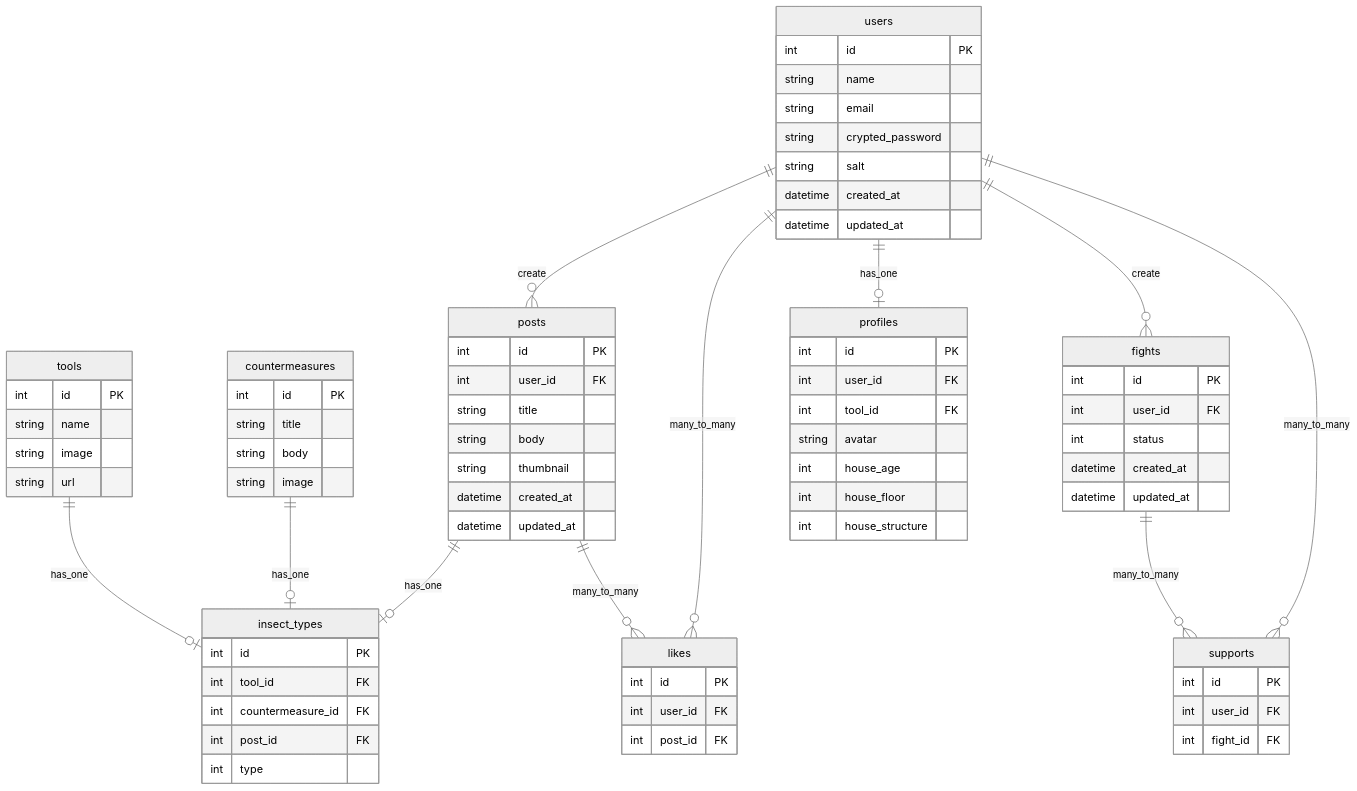
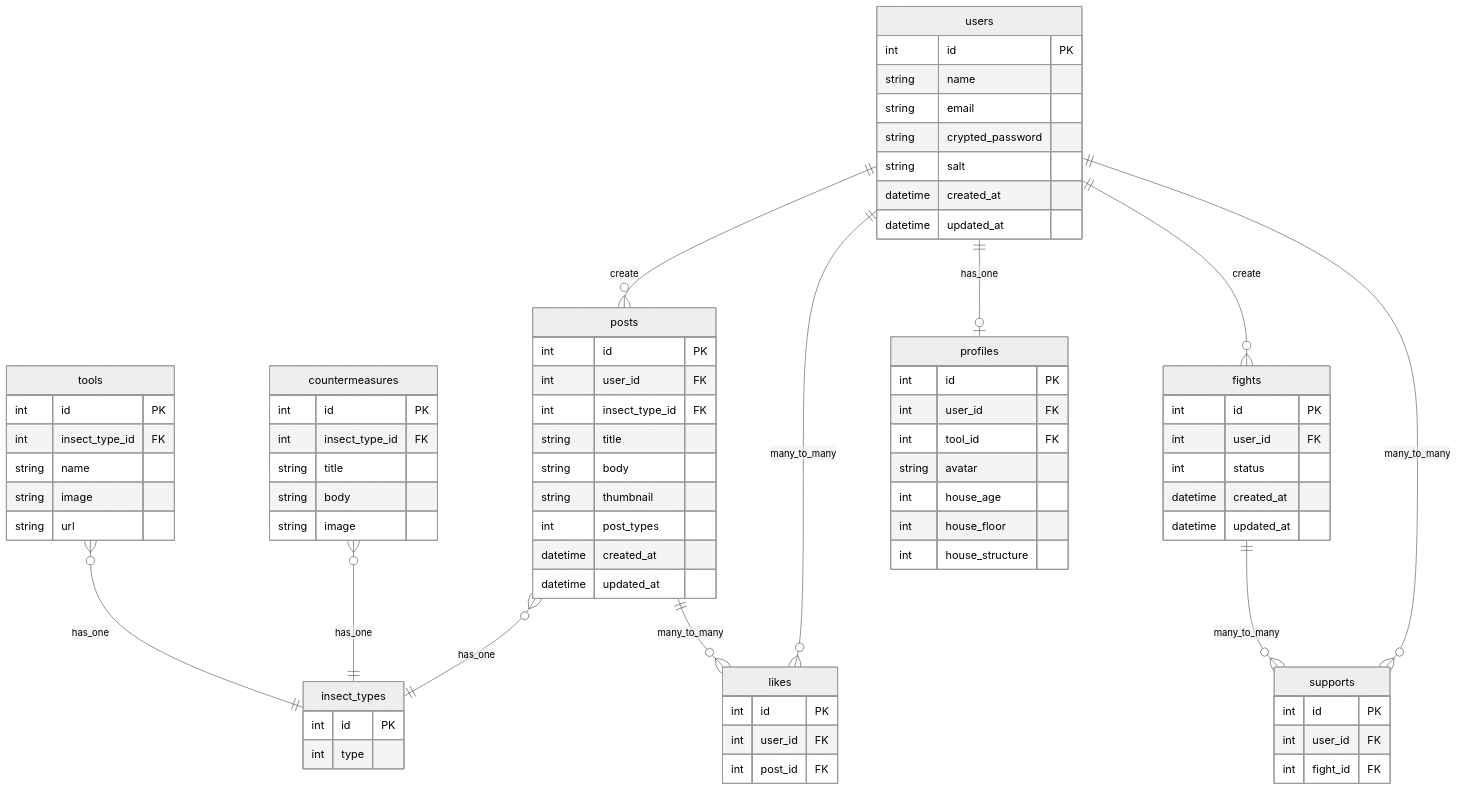
Before and after one commit to hagimoto0943/goki-network: the diagram in README.md, drawn with Mermaid (neutral theme). The commit also changed 16 other files, not shown here.

````diff
--- a/README.md
+++ b/README.md
@@ -66,8 +66,8 @@
 ```mermaid
 erDiagram
-posts ||--o| insect_types : has_one
-countermeasures ||--o| insect_types : has_one
-tools ||--o| insect_types : has_one
+posts }o--|| insect_types : has_one
+countermeasures }o--|| insect_types : has_one
+tools }o--|| insect_types : has_one
 users ||--o{ posts : create
 users ||--o{ fights : create
 users ||--o{ likes : many_to_many
@@ -104,9 +104,11 @@
   posts {
     int id PK
     int user_id FK
+    int insect_type_id FK
     string title
     string body
     string thumbnail
+    int post_types
     datetime created_at
     datetime updated_at
   }
@@ -125,6 +127,7 @@
 
   countermeasures{
     int id PK
+    int insect_type_id FK
     string title
     string body
     string image
@@ -132,6 +135,7 @@
 
   tools{
     int id PK
+    int insect_type_id FK
     string name
     string image
     string url
@@ -139,9 +143,6 @@
 
   insect_types{
     int id PK
-    int tool_id FK
-    int countermeasure_id FK
-    int post_id FK
     int type
   }
 
````
